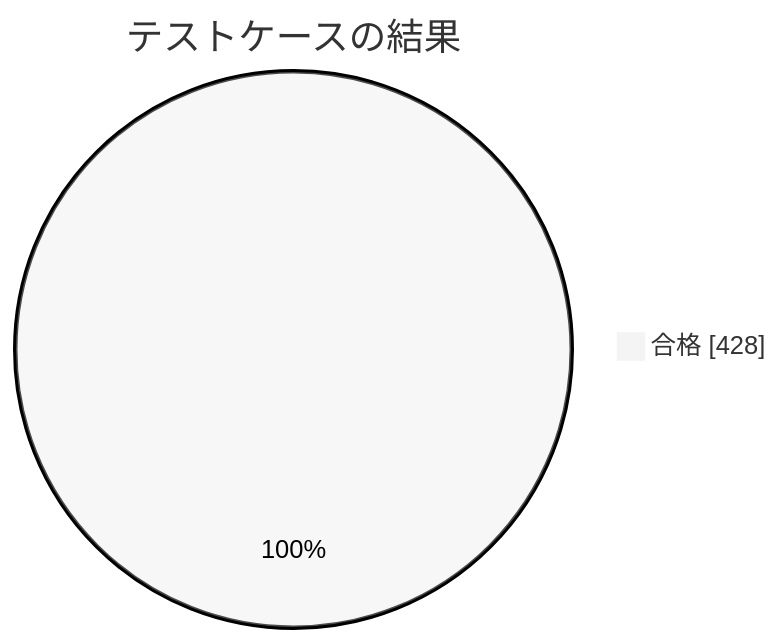
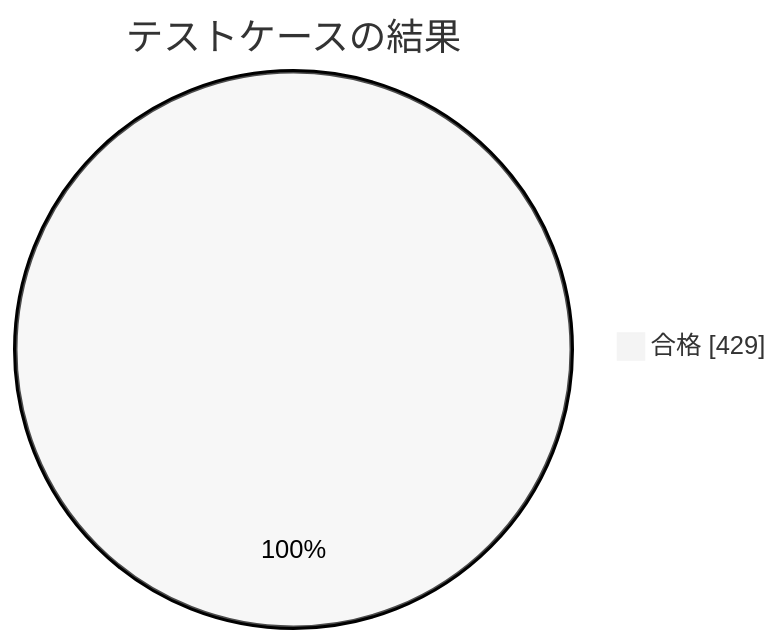
One commit to pocarialice/rpglearning changed the second of 3 diagrams in documents/モジュールテスト結果報告書_RPG学習アプリ.md. Above: the diagram before and after it, drawn with Mermaid (neutral theme). The commit also changed other lines of this file and 2 other files, not shown here.

````diff
--- a/documents/モジュールテスト結果報告書_RPG学習アプリ.md
+++ b/documents/モジュールテスト結果報告書_RPG学習アプリ.md
@@ -60,4 +60,4 @@
 ```mermaid
 pie showData title テストケースの結果
-  "合格" : 428
+  "合格" : 429
 ```
````
